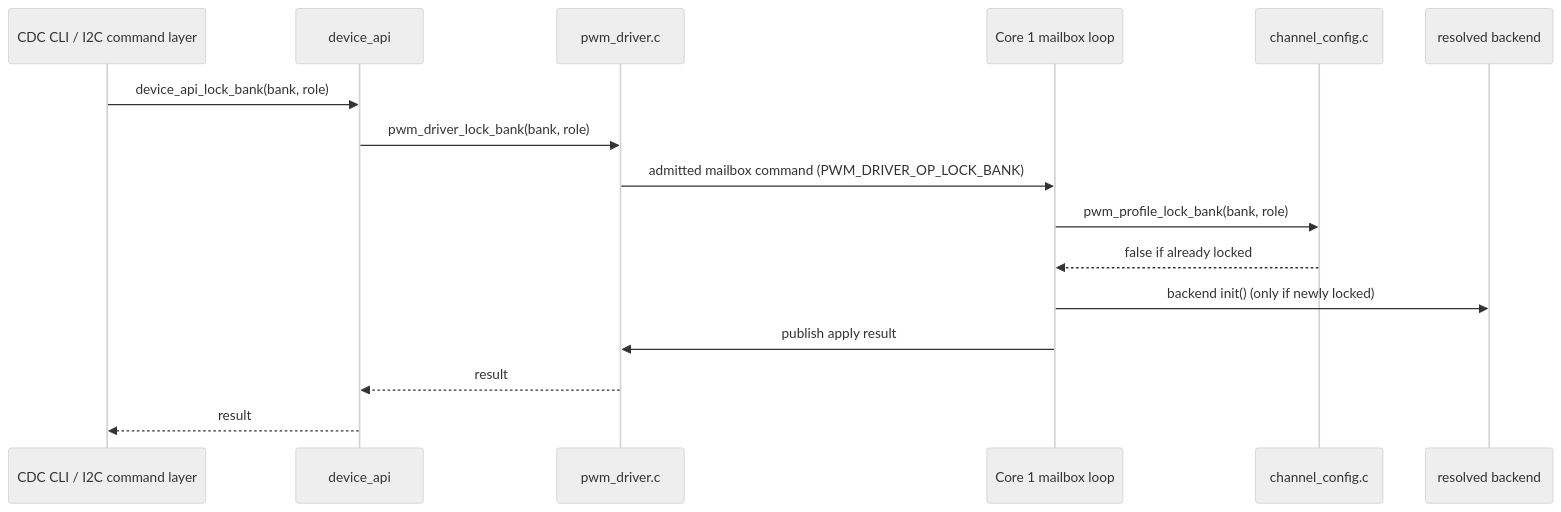
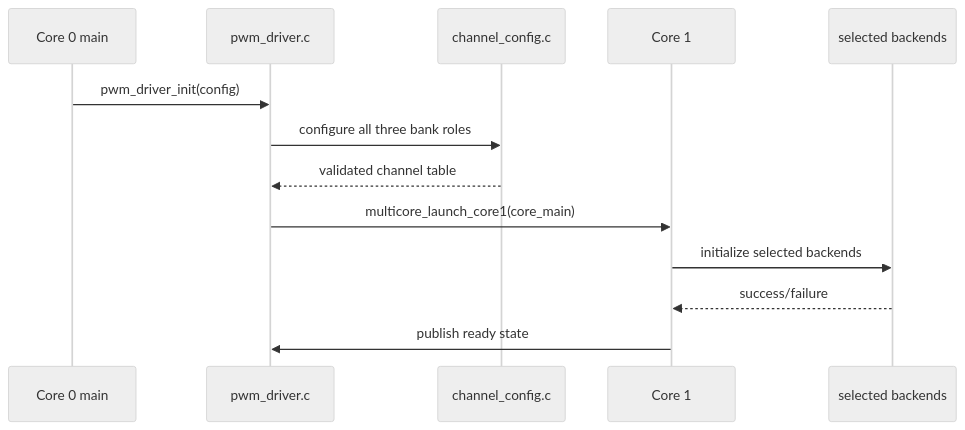
The fourth of 8 diagrams in docs/detail/pwm_driver_design.md (djwinter29-oss/PicoPWM), drawn with Mermaid (neutral theme) before and after one commit. The commit also changed other lines of this file and 67 other files, not shown here.

````diff
--- a/docs/detail/pwm_driver_design.md
+++ b/docs/detail/pwm_driver_design.md
@@ -306,19 +307,16 @@
 ```mermaid
 sequenceDiagram
-    participant CLI as CDC CLI / I2C command layer
-    participant CTL as device_api
+    participant Main as Core 0 main
     participant WR as pwm_driver.c
-    participant C1 as Core 1 mailbox loop
-    participant PROFILE as channel_config.c
-    participant BE as resolved backend
+    participant CFG as channel_config.c
+    participant C1 as Core 1
+    participant BE as selected backends
 
-    CLI->>CTL: device_api_lock_bank(bank, role)
-    CTL->>WR: pwm_driver_lock_bank(bank, role)
-    WR->>C1: admitted mailbox command (PWM_DRIVER_OP_LOCK_BANK)
-    C1->>PROFILE: pwm_profile_lock_bank(bank, role)
-    PROFILE-->>C1: false if already locked
-    C1->>BE: backend init() (only if newly locked)
-    C1->>WR: publish apply result
-    WR-->>CTL: result
-    CTL-->>CLI: result
+    Main->>WR: pwm_driver_init(config)
+    WR->>CFG: configure all three bank roles
+    CFG-->>WR: validated channel table
+    WR->>C1: multicore_launch_core1(core_main)
+    C1->>BE: initialize selected backends
+    BE-->>C1: success/failure
+    C1->>WR: publish ready state
 ```
````
